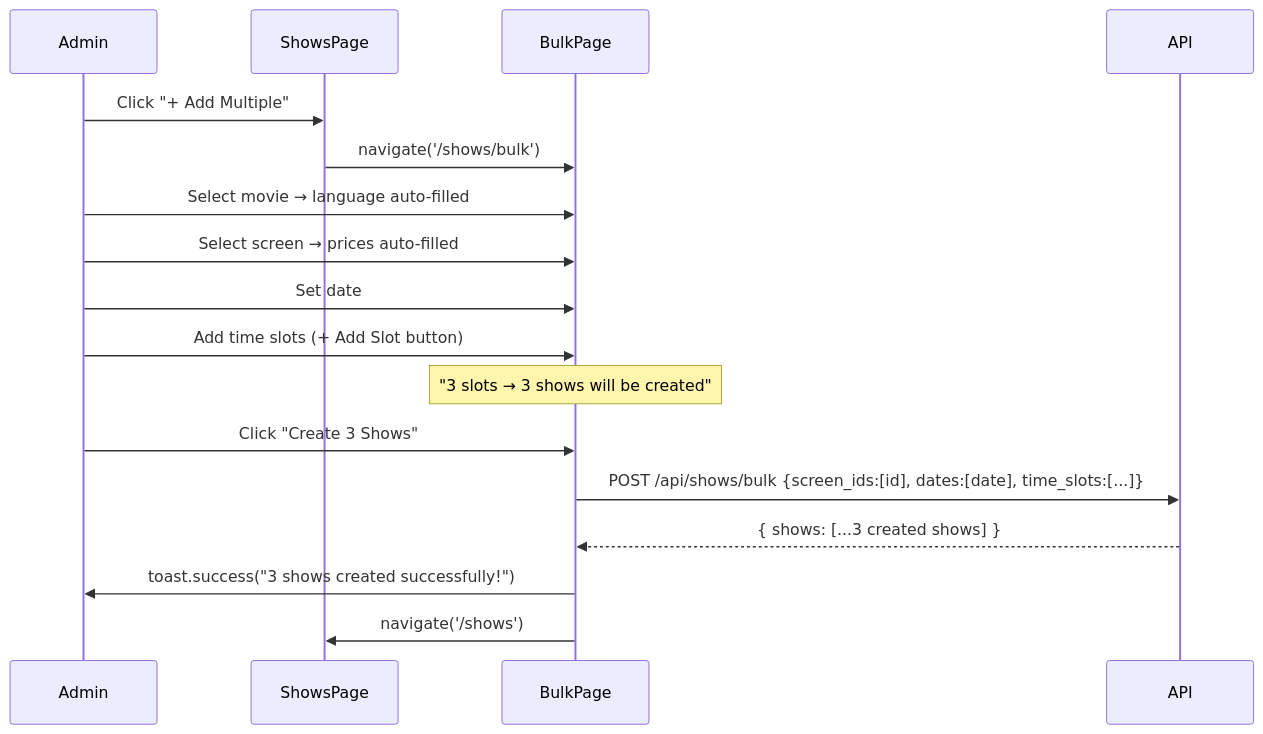
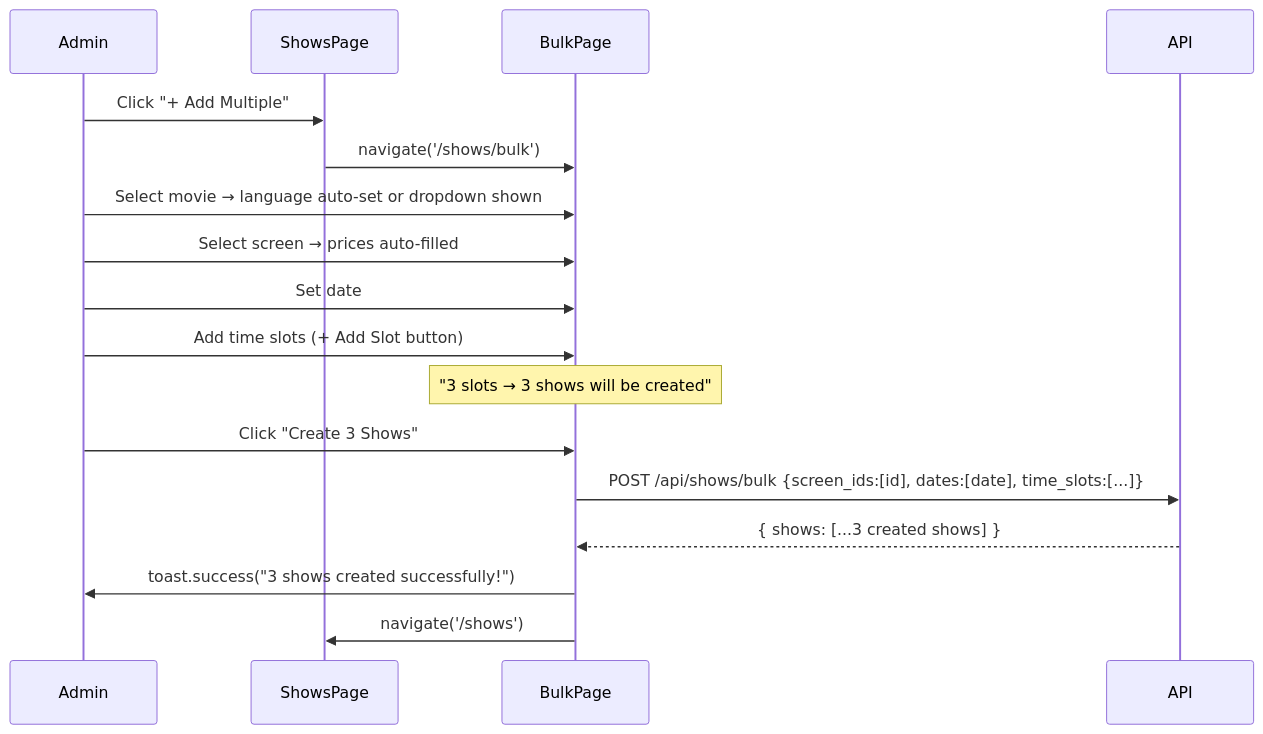
Diagram 15 of 16 in admin.md (hduraimurugan/cinema-app-docs), drawn with Mermaid before and after one commit. The commit also changed other lines of this file, not shown here.

Commit message:
update: enhance AddShowPage and BulkPage with improved language selection and auto-fill behavior

````diff
--- a/admin.md
+++ b/admin.md
@@ -996,22 +998,22 @@
 ```mermaid
 sequenceDiagram
     participant Admin
     participant ShowsPage
     participant BulkPage
     participant API
 
     Admin->>ShowsPage: Click "+ Add Multiple"
     ShowsPage->>BulkPage: navigate('/shows/bulk')
 
-    Admin->>BulkPage: Select movie → language auto-filled
+    Admin->>BulkPage: Select movie → language auto-set or dropdown shown
     Admin->>BulkPage: Select screen → prices auto-filled
     Admin->>BulkPage: Set date
     Admin->>BulkPage: Add time slots (+ Add Slot button)
     Note over BulkPage: "3 slots → 3 shows will be created"
     Admin->>BulkPage: Click "Create 3 Shows"
 
     BulkPage->>API: POST /api/shows/bulk {screen_ids:[id], dates:[date], time_slots:[...]}
     API-->>BulkPage: { shows: [...3 created shows] }
     BulkPage->>Admin: toast.success("3 shows created successfully!")
     BulkPage->>ShowsPage: navigate('/shows')
 ```
````
